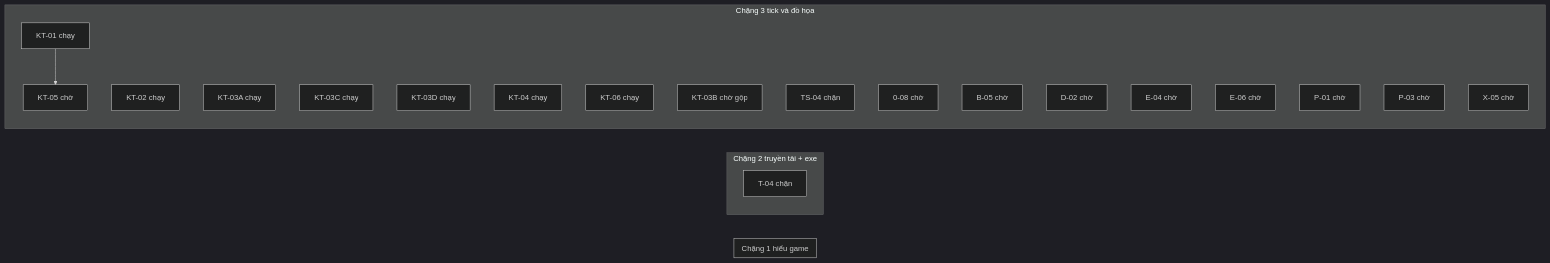
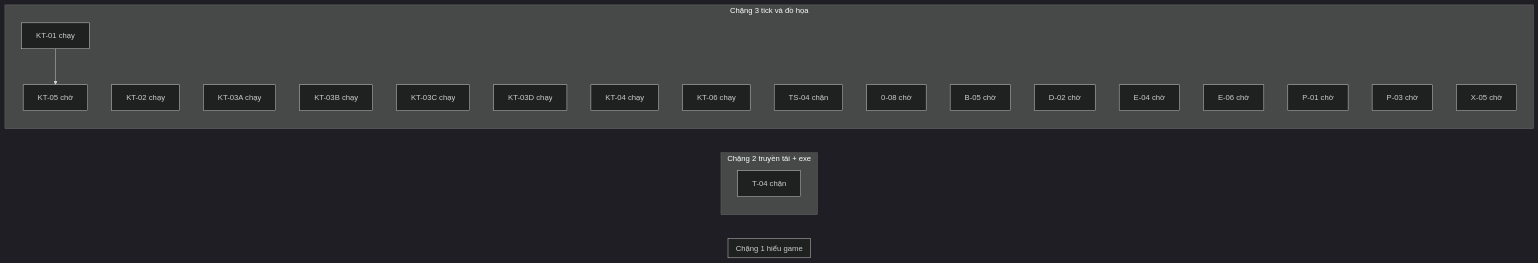
One commit to ndtangoss-dev/jx1-reports changed the diagram in JX1_OPS/STATE/TIEN-DO.md. Above: the diagram before and after it, drawn with Mermaid (dark theme). The commit also changed other lines of this file and 4 other files, not shown here.

````diff
--- a/JX1_OPS/STATE/TIEN-DO.md
+++ b/JX1_OPS/STATE/TIEN-DO.md
@@ -9,29 +9,29 @@
 ```mermaid
 flowchart LR
   subgraph S1["Chặng 1 hiểu game"]
   end
   subgraph S2["Chặng 2 truyền tải + exe"]
     T_04["T-04 chặn"]
   end
   subgraph S3["Chặng 3 tick và đồ họa"]
     KT_01["KT-01 chạy"]
     KT_02["KT-02 chạy"]
     KT_03A["KT-03A chạy"]
+    KT_03B["KT-03B chạy"]
     KT_03C["KT-03C chạy"]
     KT_03D["KT-03D chạy"]
     KT_04["KT-04 chạy"]
     KT_06["KT-06 chạy"]
-    KT_03B["KT-03B chờ gộp"]
     TS_04["TS-04 chặn"]
     0_08["0-08 chờ"]
     B_05["B-05 chờ"]
     D_02["D-02 chờ"]
     E_04["E-04 chờ"]
     E_06["E-06 chờ"]
     KT_05["KT-05 chờ"]
     P_01["P-01 chờ"]
     P_03["P-03 chờ"]
     X_05["X-05 chờ"]
   end
   KT_01 --> KT_05
 ```
````
